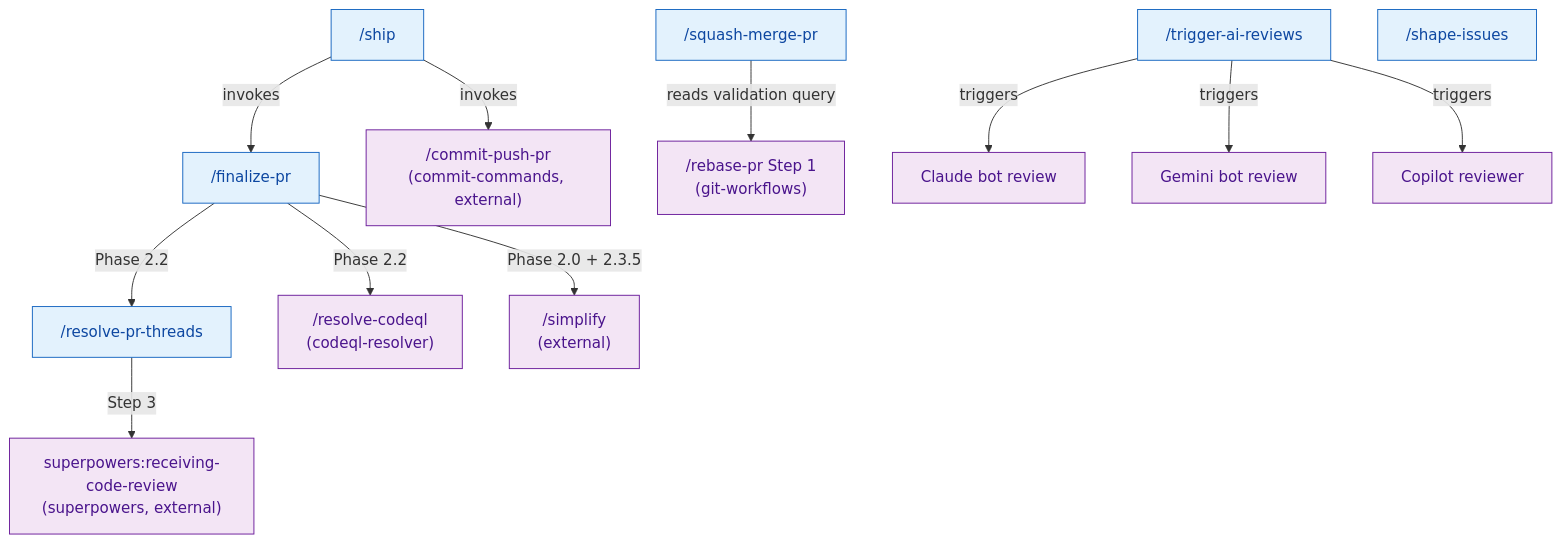
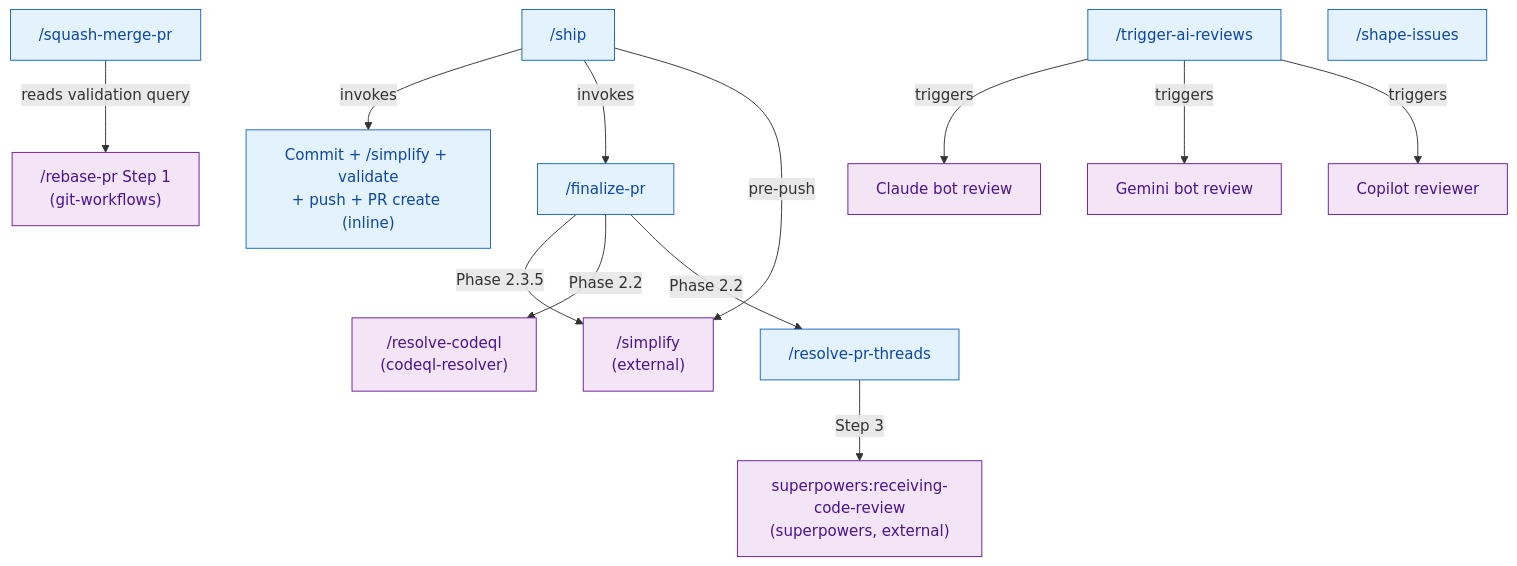
Before and after one commit to JacobPEvans/claude-code-plugins: the second of 3 diagrams in github-workflows/ARCHITECTURE.md, drawn with Mermaid. The commit also changed other lines of this file and 4 other files, not shown here.

````diff
--- a/github-workflows/ARCHITECTURE.md
+++ b/github-workflows/ARCHITECTURE.md
@@ -29,36 +29,37 @@
 ```mermaid
 flowchart TD
     SHIP["/ship"]:::ai
     FPR["/finalize-pr"]:::ai
     RPT["/resolve-pr-threads"]:::ai
     SMP["/squash-merge-pr"]:::ai
     TAR["/trigger-ai-reviews"]:::ai
     SI["/shape-issues"]:::ai
 
-    CPR["/commit-push-pr\n(commit-commands, external)"]:::external
+    CPR["Commit + /simplify + validate\n+ push + PR create (inline)"]:::ai
     RCQ["/resolve-codeql\n(codeql-resolver)"]:::external
     SIMP["/simplify\n(external)"]:::external
     RBP["/rebase-pr Step 1\n(git-workflows)"]:::external
     RCR["superpowers:receiving-code-review\n(superpowers, external)"]:::external
     CLAUDE["Claude bot review"]:::external
     GEMINI["Gemini bot review"]:::external
     COPILOT["Copilot reviewer"]:::external
 
     SHIP -->|"invokes"| CPR
     SHIP -->|"invokes"| FPR
 
-    FPR -->|"Phase 2.0 + 2.3.5"| SIMP
+    SHIP -->|"pre-push"| SIMP
+    FPR -->|"Phase 2.3.5"| SIMP
     FPR -->|"Phase 2.2"| RCQ
     FPR -->|"Phase 2.2"| RPT
 
     RPT -->|"Step 3"| RCR
 
     SMP -->|"reads validation query"| RBP
 
     TAR -->|"triggers"| CLAUDE
     TAR -->|"triggers"| GEMINI
     TAR -->|"triggers"| COPILOT
 
     classDef ai fill:#e3f2fd,stroke:#1565c0,color:#0d47a1
     classDef external fill:#f3e5f5,stroke:#6a1b9a,color:#4a148c
 ```
````
